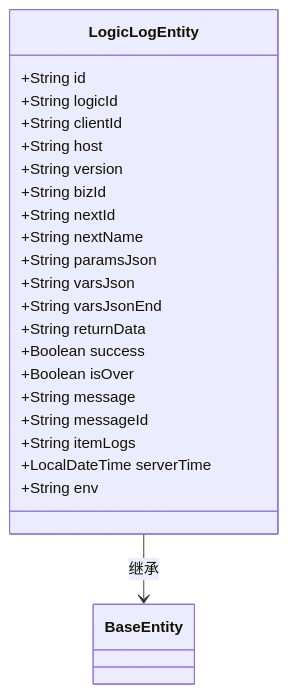
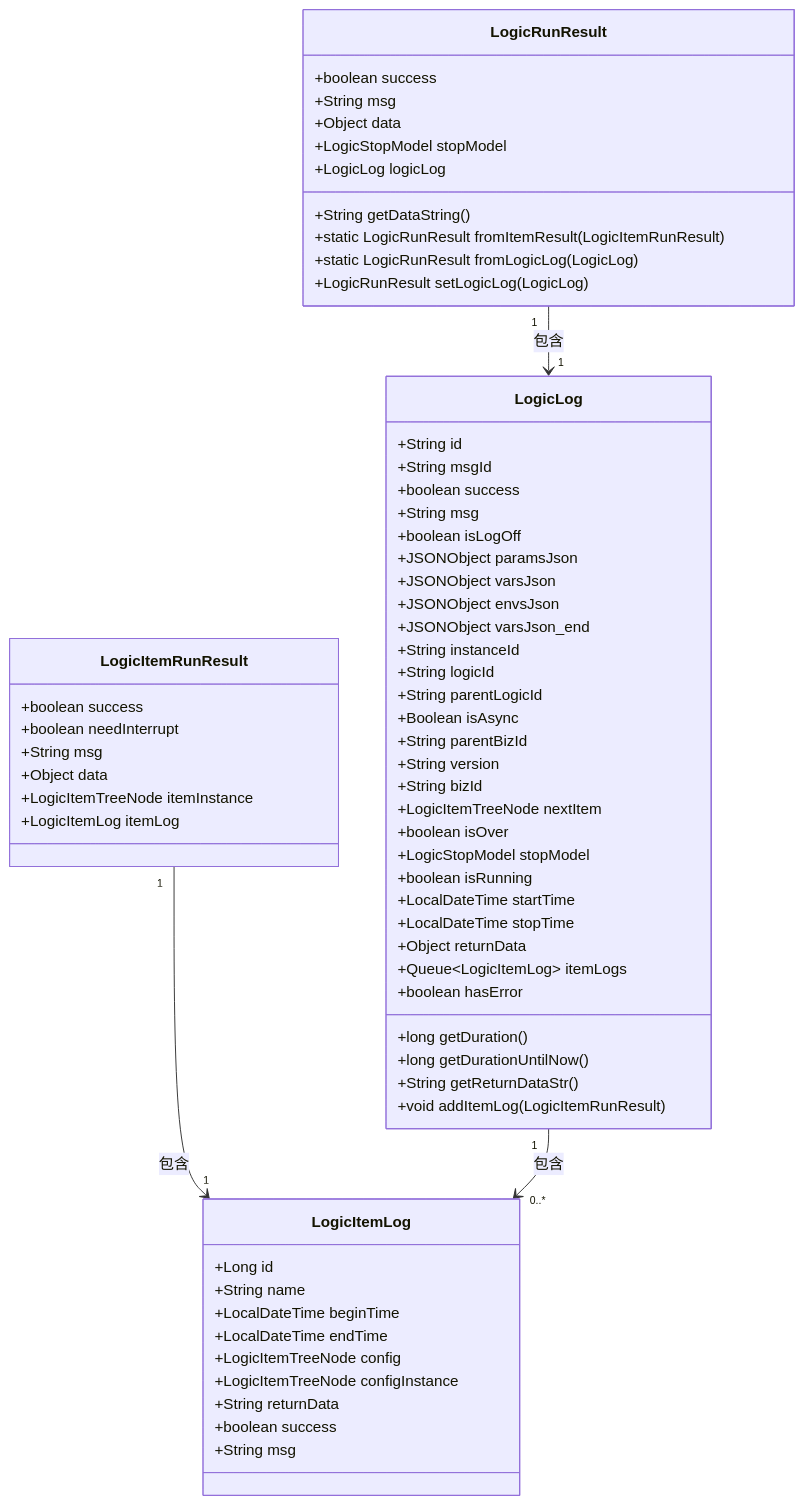
The second of 3 diagrams in .qoder/repowiki/zh/content/数据模型/数据模型.md (lk-keep-fighting/logic-solution), drawn with Mermaid before and after one commit. The commit also changed other lines of this file and 104 other files, not shown here.

````diff
--- a/.qoder/repowiki/zh/content/数据模型/数据模型.md
+++ b/.qoder/repowiki/zh/content/数据模型/数据模型.md
@@ -225,25 +166,67 @@
 ```mermaid
 classDiagram
-class LogicLogEntity {
+class LogicRunResult {
++boolean success
++String msg
++Object data
++LogicStopModel stopModel
++String getDataString()
++static LogicRunResult fromItemResult(LogicItemRunResult)
++static LogicRunResult fromLogicLog(LogicLog)
++LogicLog logicLog
++LogicRunResult setLogicLog(LogicLog)
+}
+class LogicItemRunResult {
++boolean success
++boolean needInterrupt
++String msg
++Object data
++LogicItemTreeNode itemInstance
++LogicItemLog itemLog
+}
+class LogicLog {
 +String id
++String msgId
++boolean success
++String msg
++boolean isLogOff
++JSONObject paramsJson
++JSONObject varsJson
++JSONObject envsJson
++JSONObject varsJson_end
++String instanceId
 +String logicId
-+String clientId
-+String host
++String parentLogicId
++Boolean isAsync
++String parentBizId
 +String version
 +String bizId
-+String nextId
-+String nextName
-+String paramsJson
-+String varsJson
-+String varsJsonEnd
++LogicItemTreeNode nextItem
++boolean isOver
++LogicStopModel stopModel
++boolean isRunning
++LocalDateTime startTime
++LocalDateTime stopTime
++long getDuration()
++long getDurationUntilNow()
++String getReturnDataStr()
++Object returnData
++Queue~LogicItemLog~ itemLogs
++boolean hasError
++void addItemLog(LogicItemRunResult)
+}
+class LogicItemLog {
++Long id
++String name
++LocalDateTime beginTime
++LocalDateTime endTime
++LogicItemTreeNode config
++LogicItemTreeNode configInstance
 +String returnData
-+Boolean success
-+Boolean isOver
-+String message
-+String messageId
-+String itemLogs
-+LocalDateTime serverTime
-+String env
++boolean success
++String msg
 }
-LogicLogEntity --> BaseEntity : 继承
+LogicRunResult "1" --> "1" LogicLog : 包含
+LogicItemRunResult "1" --> "1" LogicItemLog : 包含
+LogicLog "1" --> "0..*" LogicItemLog : 包含
 ```
````
